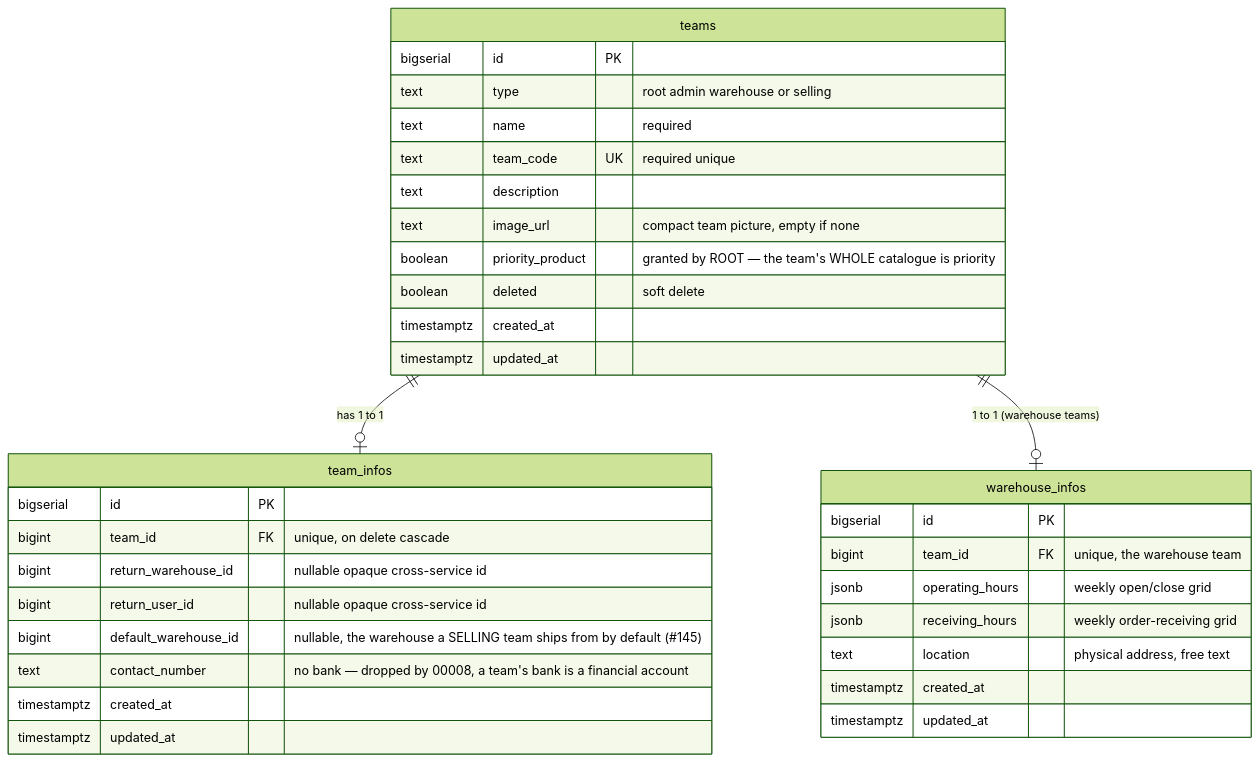
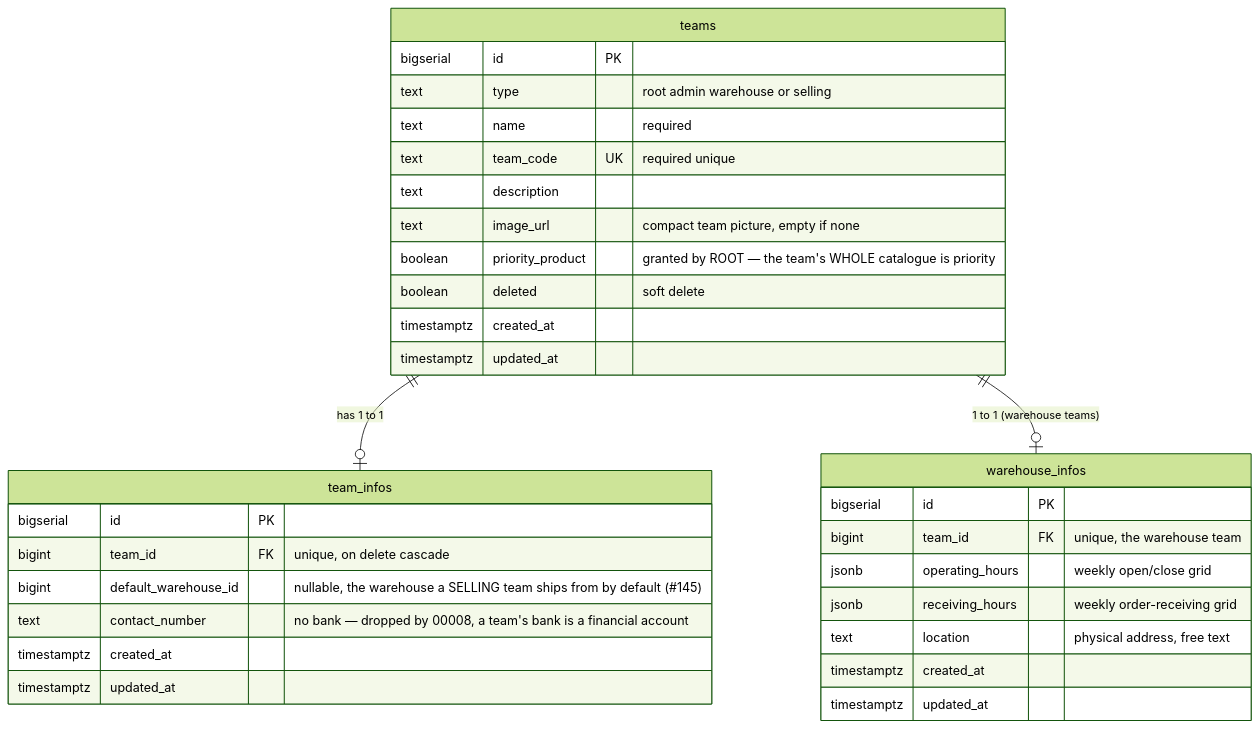
Before and after one commit to pdcgo/warehouse_revamp: the first of 19 diagrams in docs/database-schema.md, drawn with Mermaid (forest theme). The commit also changed other lines of this file and 161 other files, not shown here.

First line of the commit message:
feat(order): eleven statuses, one batch status move, settlement from events, return warehouse

````diff
--- a/docs/database-schema.md
+++ b/docs/database-schema.md
@@ -18,39 +18,37 @@
 ```mermaid
 erDiagram
     teams ||--o| team_infos : "has 1 to 1"
     teams ||--o| warehouse_infos : "1 to 1 (warehouse teams)"
 
     teams {
         bigserial   id          PK
         text        type        "root admin warehouse or selling"
         text        name        "required"
         text        team_code   UK "required unique"
         text        description
         text        image_url   "compact team picture, empty if none"
         boolean     priority_product "granted by ROOT — the team's WHOLE catalogue is priority"
         boolean     deleted     "soft delete"
         timestamptz created_at
         timestamptz updated_at
     }
 
     team_infos {
         bigserial   id                  PK
         bigint      team_id             FK "unique, on delete cascade"
-        bigint      return_warehouse_id "nullable opaque cross-service id"
-        bigint      return_user_id      "nullable opaque cross-service id"
         bigint      default_warehouse_id "nullable, the warehouse a SELLING team ships from by default (#145)"
         text        contact_number "no bank — dropped by 00008, a team's bank is a financial account"
         timestamptz created_at
         timestamptz updated_at
     }
 
     warehouse_infos {
         bigserial   id              PK
         bigint      team_id         FK "unique, the warehouse team"
         jsonb       operating_hours "weekly open/close grid"
         jsonb       receiving_hours "weekly order-receiving grid"
         text        location        "physical address, free text"
         timestamptz created_at
         timestamptz updated_at
     }
 ```
````
